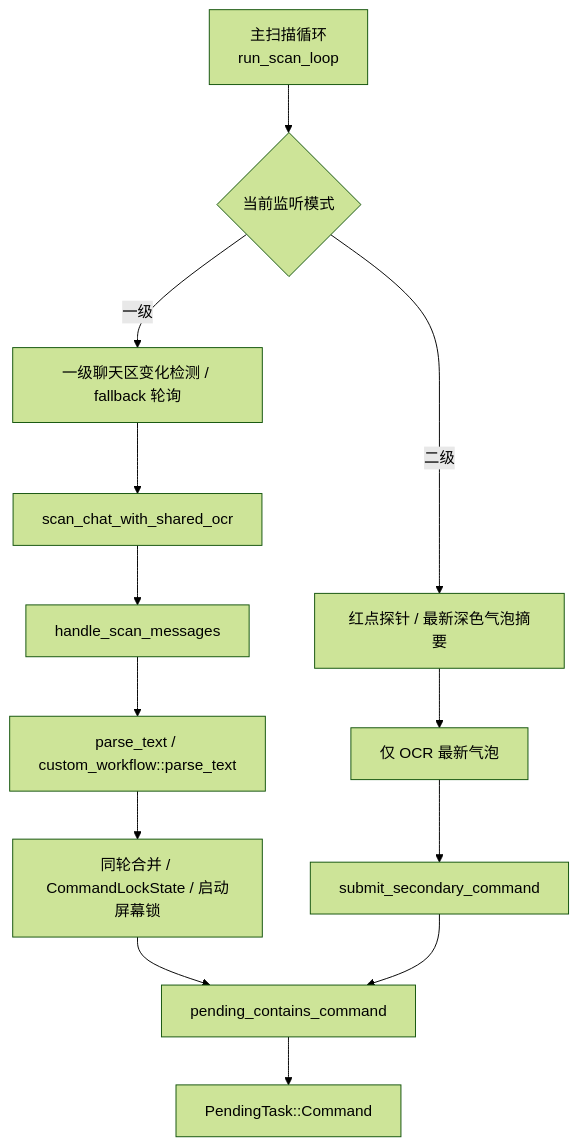
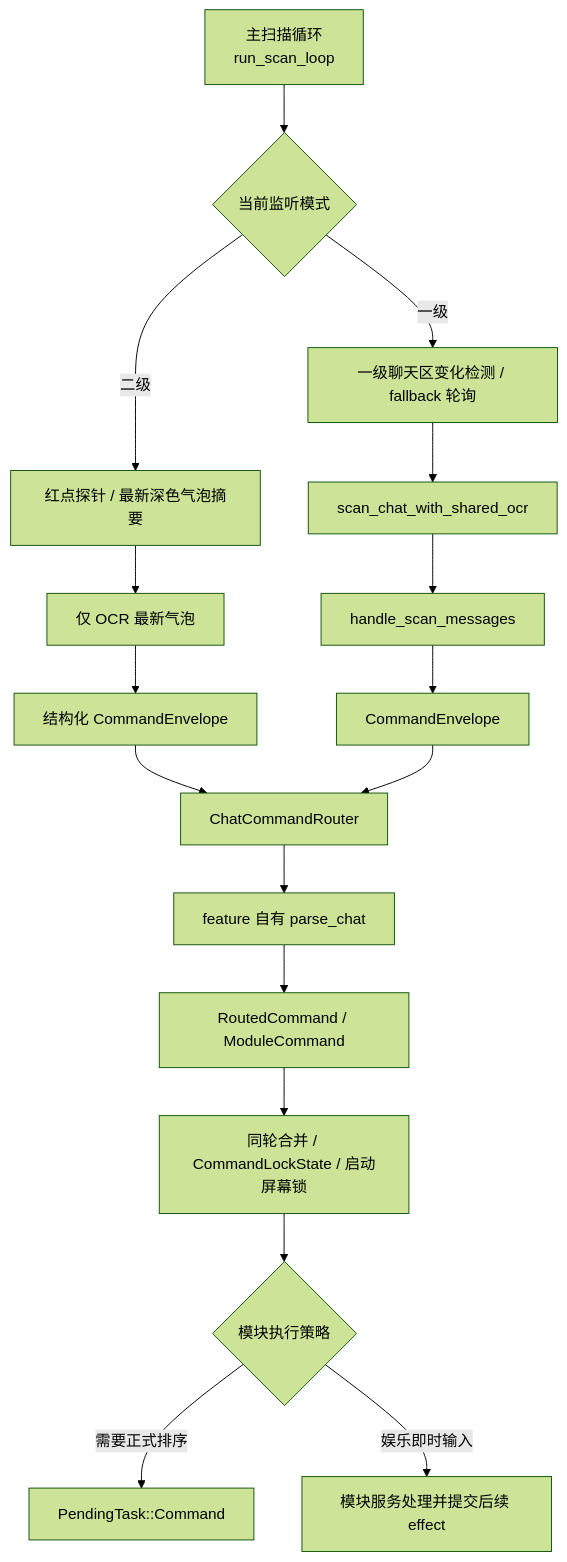
One commit to XingNian-www/Miliastra-Wonderland-Music changed the diagram in docs/chat-command-ingestion.md. Above: the diagram before and after it, drawn with Mermaid (forest theme). The commit also changed other lines of this file and 105 other files, not shown here.

Commit message:
refactor: finish v2 architecture migration

````diff
--- a/docs/chat-command-ingestion.md
+++ b/docs/chat-command-ingestion.md
@@ -18,15 +18,19 @@
 ```mermaid
 flowchart TD
     A["主扫描循环<br/>run_scan_loop"] --> B{"当前监听模式"}
     B -->|一级| C["一级聊天区变化检测 / fallback 轮询"]
     B -->|二级| D["红点探针 / 最新深色气泡摘要"]
     C --> E["scan_chat_with_shared_ocr"]
     D --> F["仅 OCR 最新气泡"]
     E --> G["handle_scan_messages"]
-    F --> H["submit_secondary_command"]
-    G --> I["parse_text / custom_workflow::parse_text"]
-    I --> J["同轮合并 / CommandLockState / 启动屏幕锁"]
-    J --> K["pending_contains_command"]
-    H --> K
-    K --> L["PendingTask::Command"]
+    F --> H["结构化 CommandEnvelope"]
+    G --> I["CommandEnvelope"]
+    H --> J["ChatCommandRouter"]
+    I --> J
+    J --> K["feature 自有 parse_chat"]
+    K --> L["RoutedCommand / ModuleCommand"]
+    L --> M["同轮合并 / CommandLockState / 启动屏幕锁"]
+    M --> N{"模块执行策略"}
+    N -->|需要正式排序| O["PendingTask::Command"]
+    N -->|娱乐即时输入| P["模块服务处理并提交后续 effect"]
 ```
````
